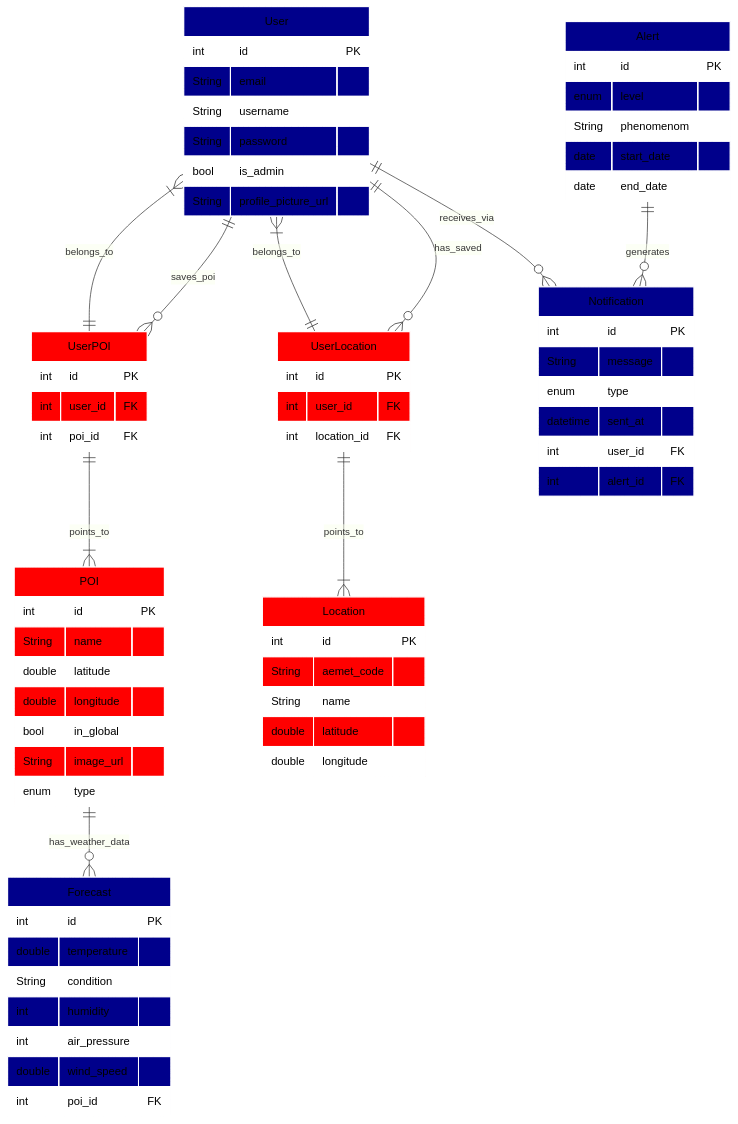
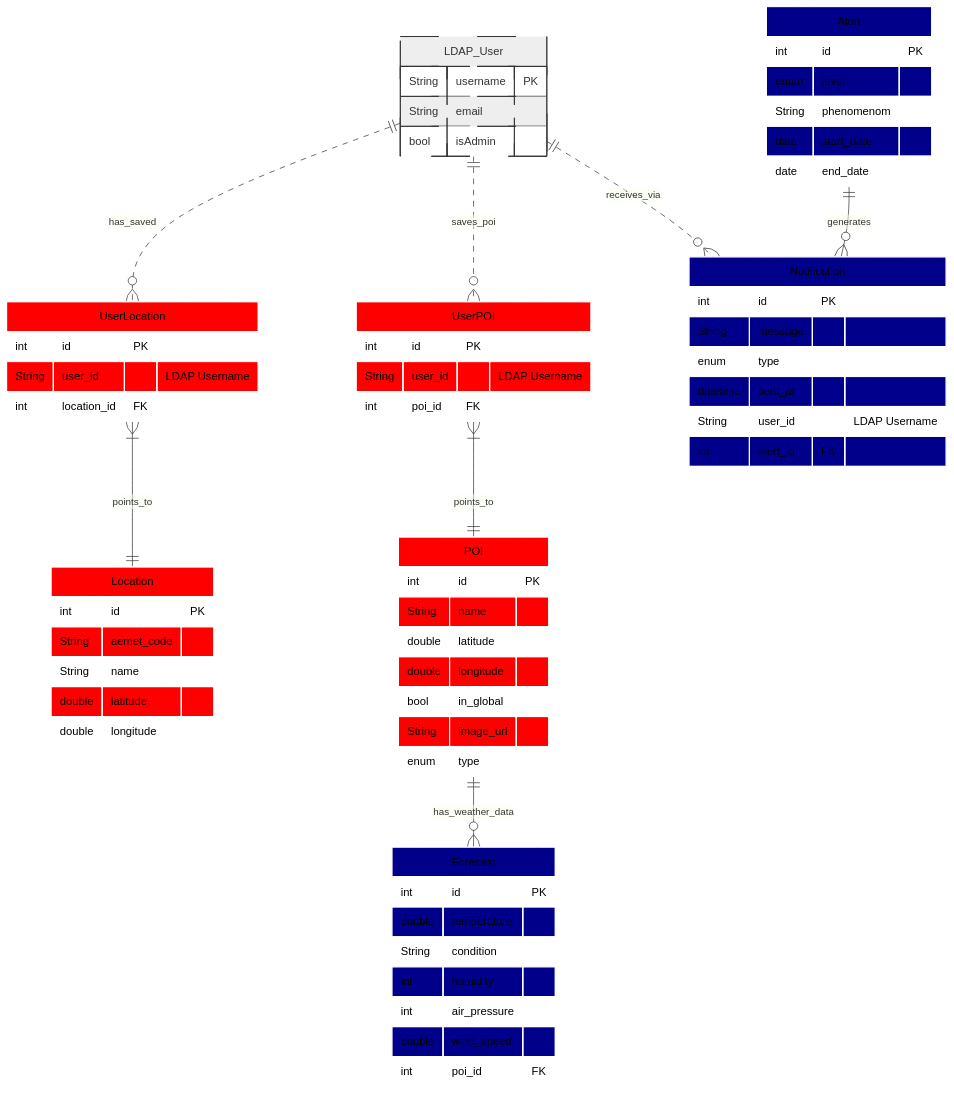
The third of 3 diagrams in docs/DIAGRAMS.md (aangelo21/canary-weather), drawn with Mermaid before and after one commit. The commit also changed other lines of this file and 5 other files, not shown here.

Commit message:
docs: update documentation for authentication, database, and architecture

````diff
--- a/docs/DIAGRAMS.md
+++ b/docs/DIAGRAMS.md
@@ -122,26 +118,21 @@
 ```mermaid
 erDiagram
-    User ||--o{ UserLocation : has_saved
-    User ||--o{ UserPOI : saves_poi
+    LDAP_User ||..o{ UserLocation : has_saved
+    LDAP_User ||..o{ UserPOI : saves_poi
     
     POI ||--o{ Forecast : has_weather_data 
     
-    UserLocation ||--|{ User : belongs_to
-    UserLocation ||--|{ Location : points_to
+    UserLocation }|--|| Location : points_to
 
-    UserPOI ||--|{ User : belongs_to
-    UserPOI ||--|{ POI : points_to
+    UserPOI }|--|| POI : points_to
     
     Alert ||--o{ Notification : generates
-    User ||--o{ Notification : receives_via
+    LDAP_User ||..o{ Notification : receives_via
     
-    User {
-        int id PK
+    LDAP_User {
+        String username PK
         String email
-        String username
-        String password
-        bool is_admin
-        String profile_picture_url
+        bool isAdmin
     }
     
     POI {
@@ -182,13 +173,13 @@
 
     UserLocation {
         int id PK
-        int user_id FK
+        String user_id "LDAP Username"
         int location_id FK
     }
     
     UserPOI {
         int id PK
-        int user_id FK
+        String user_id "LDAP Username"
         int poi_id FK
     }
     
@@ -197,11 +188,11 @@
         String message
         enum type
         datetime sent_at
-        int user_id FK
+        String user_id "LDAP Username"
         int alert_id FK
     }
 
-style User fill:#00008B,stroke:#fff,color:#000000
+style LDAP_User fill:#eeeeee,stroke:#333,stroke-dasharray: 5 5
 style UserPOI fill:#FF0000,stroke:#fff,color:#000000
 style UserLocation fill:#FF0000,stroke:#fff,color:#000000
 style POI fill:#FF0000,stroke:#fff,color:#000000
````
